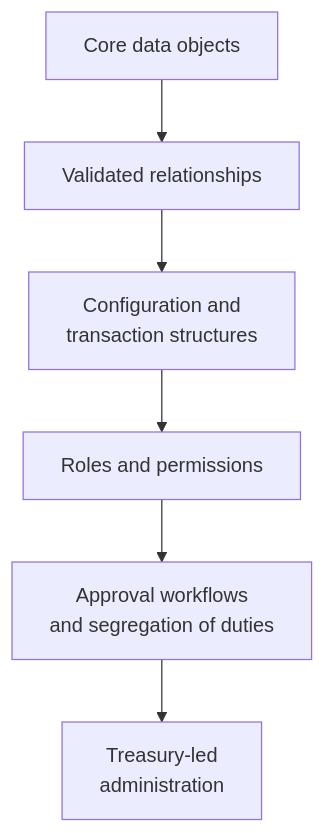
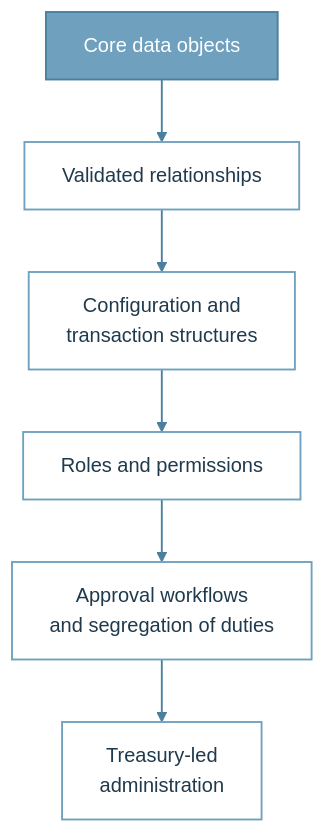
The third of 5 diagrams in kyriba-transformation/report.qmd (sgarciapuga/Work_Portfolio), drawn with Mermaid before and after one commit. The commit also changed other lines of this file and 12 other files, not shown here.

Commit message:
updated mermaid theme colours

````diff
--- a/kyriba-transformation/report.qmd
+++ b/kyriba-transformation/report.qmd
@@ -141,10 +151,16 @@
 ```{mermaid}
 %%| fig-cap: "Conceptual foundation for Kyriba data, access and governance."
 %%| fig-alt: "A conceptual view linking core data objects to configuration, access, approval workflows and Treasury-led administration."
 flowchart TB
     A[Core data objects] --> B[Validated relationships]
     B --> C[Configuration and<br/>transaction structures]
     C --> D[Roles and permissions]
     D --> E[Approval workflows<br/>and segregation of duties]
     E --> F[Treasury-led<br/>administration]
+
+    classDef job fill:#FFFFFF,stroke:#6FA1BF,stroke-width:1.5px,color:#1F3A4D
+    classDef store fill:#6FA1BF,stroke:#4A7F9E,stroke-width:1.5px,color:#FFFFFF
+    class A store
+    class B,C,D,E,F job
+    linkStyle default stroke:#4A7F9E,stroke-width:1.5px
 ```
````
